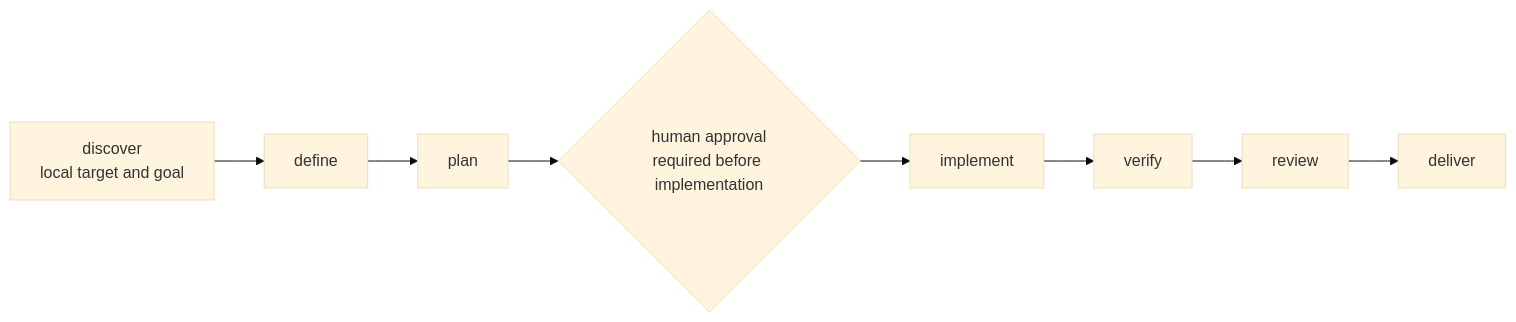
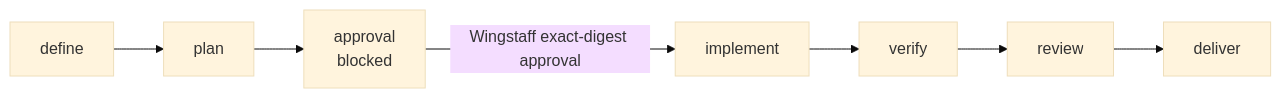
One commit to forgegod/daidala changed the diagram in docs/README.md. Above: the diagram before and after it, drawn with Mermaid (base theme). The commit also changed other lines of this file and 9 other files, not shown here.

First line of the commit message:
docs: define Kanban-native Wingstaff authority and workflow

````diff
--- a/docs/README.md
+++ b/docs/README.md
@@ -49,10 +49,9 @@
 ```mermaid
 flowchart LR
-    D["discover<br>local target and goal"] --> DF["define"]
-    DF --> P["plan"]
-    P --> G{"human approval<br>required before implementation"}
-    G --> I["implement"]
+    DF["define"] --> P["plan"]
+    P --> G["approval<br>blocked"]
+    G -->|"Wingstaff exact-digest approval"| I["implement"]
     I --> V["verify"]
     V --> R["review"]
     R --> DL["deliver"]
 ```
````
